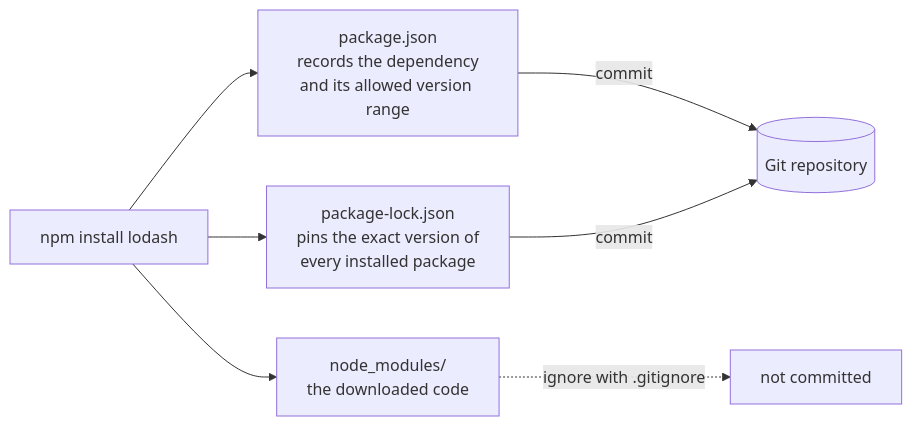
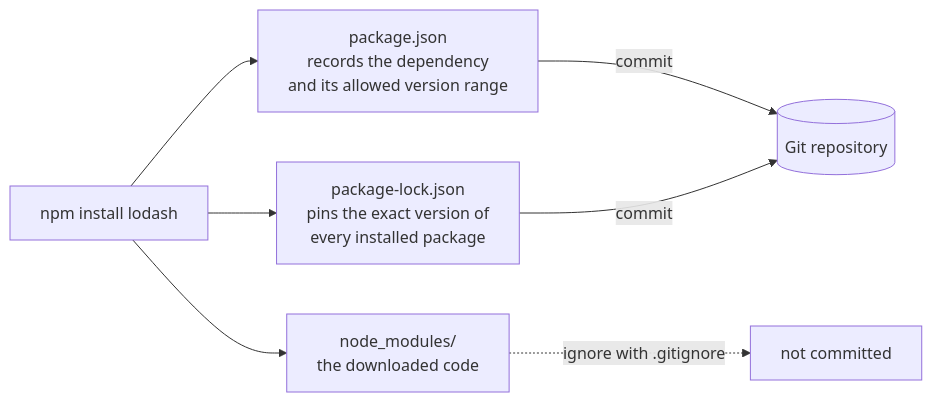
Before and after one commit to renatolinsdigital/javascript-quickstart: diagram 16 of 16 in README.md, drawn with Mermaid. The commit also changed other lines of this file, not shown here.

Commit message:
adds a revision to mermaid graphs

````diff
--- a/README.md
+++ b/README.md
@@ -3272,9 +3332,14 @@
 ```mermaid
+---
+config:
+  flowchart:
+    wrappingWidth: 1000
+---
 flowchart LR
     CMD["npm install lodash"] --> PJ["package.json<br/>records the dependency<br/>and its allowed version range"]
     CMD --> LOCK["package-lock.json<br/>pins the exact version of<br/>every installed package"]
     CMD --> NM["node_modules/<br/>the downloaded code"]
     PJ -->|commit| GIT[("Git repository")]
     LOCK -->|commit| GIT
     NM -.->|"ignore with .gitignore"| SKIP["not committed"]
 ```
````
